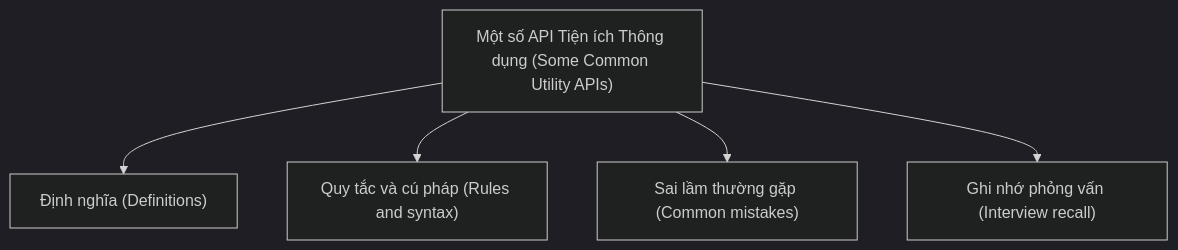
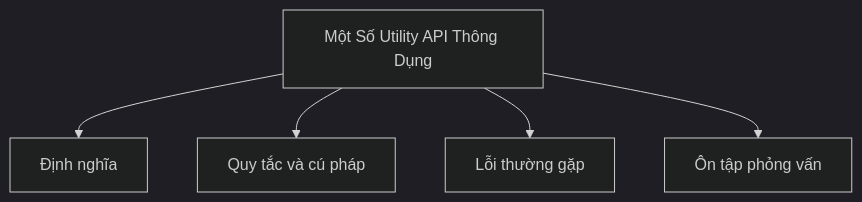
Before and after one commit to PhuThien2005/theoretical-of-java-core: the diagram in vi/39-utility-apis/README.md, drawn with Mermaid (dark theme). The commit also changed other lines of this file and 229 other files, not shown here.

````diff
--- a/vi/39-utility-apis/README.md
+++ b/vi/39-utility-apis/README.md
@@ -49,7 +48,7 @@
 ```mermaid
 flowchart TD
-    A["Một số API Tiện ích Thông dụng (Some Common Utility APIs)"] --> B["Định nghĩa (Definitions)"]
-    A --> C["Quy tắc và cú pháp (Rules and syntax)"]
-    A --> D["Sai lầm thường gặp (Common mistakes)"]
-    A --> E["Ghi nhớ phỏng vấn (Interview recall)"]
+    A[Một Số Utility API Thông Dụng] --> B[Định nghĩa]
+    A --> C[Quy tắc và cú pháp]
+    A --> D[Lỗi thường gặp]
+    A --> E[Ôn tập phỏng vấn]
 ```
````
